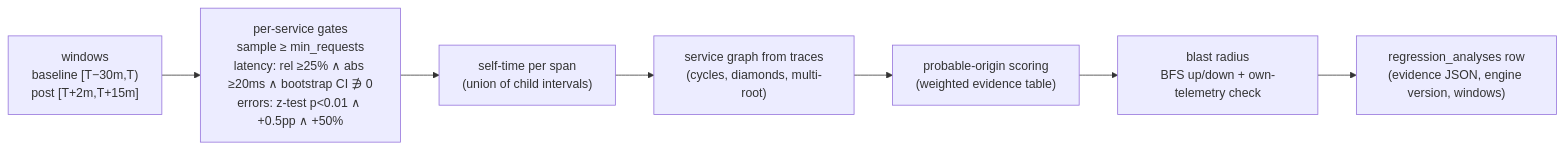
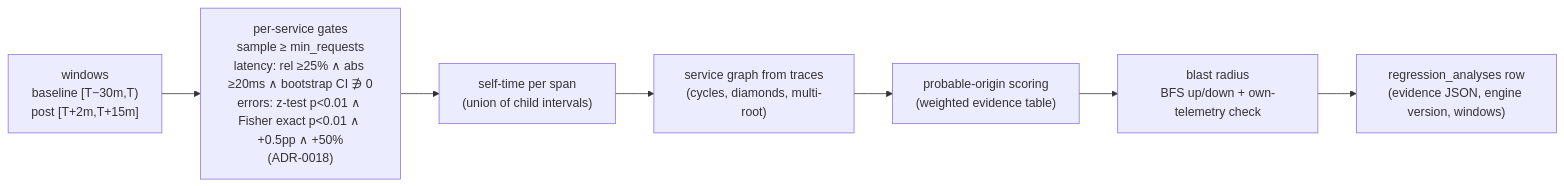
The sixth of 7 diagrams in docs/ARCHITECTURE.md (ayushman46/releaselens), drawn with Mermaid before and after one commit. The commit also changed 29 other files, not shown here.

First line of the commit message:
feat(m8,m9): regression engine, self-time, service graph, probable origin, blast radius

````diff
--- a/docs/ARCHITECTURE.md
+++ b/docs/ARCHITECTURE.md
@@ -190,9 +190,9 @@
 ```mermaid
 flowchart LR
-  W["windows<br/>baseline [T−30m,T)<br/>post [T+2m,T+15m]"] --> G["per-service gates<br/>sample ≥ min_requests<br/>latency: rel ≥25% ∧ abs ≥20ms ∧ bootstrap CI ∌ 0<br/>errors: z-test p<0.01 ∧ +0.5pp ∧ +50%"]
+  W["windows<br/>baseline [T−30m,T)<br/>post [T+2m,T+15m]"] --> G["per-service gates<br/>sample ≥ min_requests<br/>latency: rel ≥25% ∧ abs ≥20ms ∧ bootstrap CI ∌ 0<br/>errors: z-test p<0.01 ∧ Fisher exact p<0.01 ∧ +0.5pp ∧ +50%<br/>(ADR-0018)"]
   G --> ST["self-time per span<br/>(union of child intervals)"]
   ST --> GR["service graph from traces<br/>(cycles, diamonds, multi-root)"]
   GR --> OR["probable-origin scoring<br/>(weighted evidence table)"]
   OR --> BR["blast radius<br/>BFS up/down + own-telemetry check"]
   BR --> OUT["regression_analyses row<br/>(evidence JSON, engine version, windows)"]
 ```
````
